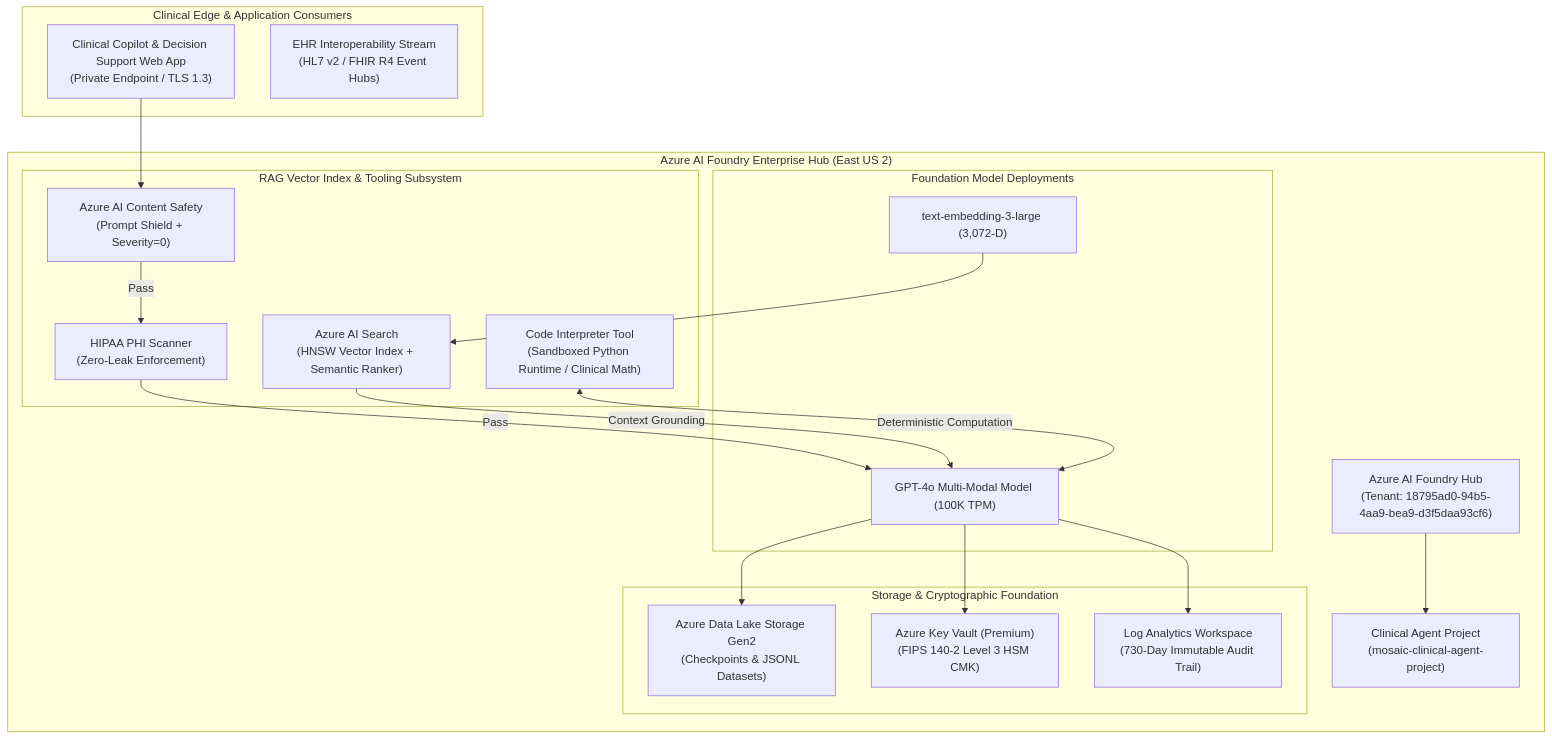
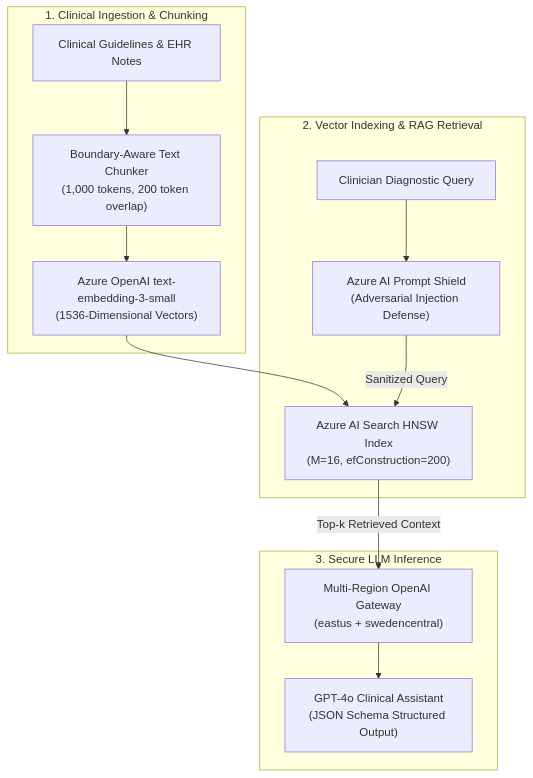
One commit to FreeFades2Black/mosaic-azure-ai-model-factory changed the diagram in README.md. Above: the diagram before and after it, drawn with Mermaid. The commit also changed other lines of this file and 7 other files, not shown here.

Commit message:
feat(ops): add HNSW vector ADRs, TPM throttle runbook, embedding drift RCA, and alerts

````diff
--- a/README.md
+++ b/README.md
@@ -25,41 +12,18 @@
 ```mermaid
-graph TD
-    subgraph "Clinical Edge & Application Consumers"
-        ClinicianApp["Clinical Copilot & Decision Support Web App<br/>(Private Endpoint / TLS 1.3)"]
-        EHRStream["EHR Interoperability Stream<br/>(HL7 v2 / FHIR R4 Event Hubs)"]
+flowchart TD
+    subgraph IntakeTier ["1. Clinical Ingestion & Chunking"]
+        Docs["Clinical Guidelines & EHR Notes"] --> Chunker["Boundary-Aware Text Chunker<br/>(1,000 tokens, 200 token overlap)"]
+        Chunker --> Embeddings["Azure OpenAI text-embedding-3-small<br/>(1536-Dimensional Vectors)"]
     end
 
-    subgraph "Azure AI Foundry Enterprise Hub (East US 2)"
-        AIHub["Azure AI Foundry Hub<br/>(Tenant: 18795ad0-94b5-4aa9-bea9-d3f5daa93cf6)"]
-        AIProject["Clinical Agent Project<br/>(mosaic-clinical-agent-project)"]
-        AIHub --> AIProject
-
-        subgraph "Foundation Model Deployments"
-            GPT4o["GPT-4o Multi-Modal Model (100K TPM)"]
-            EmbeddingModel["text-embedding-3-large (3,072-D)"]
-        end
-
-        subgraph "RAG Vector Index & Tooling Subsystem"
-            AISearch["Azure AI Search<br/>(HNSW Vector Index + Semantic Ranker)"]
-            CodeInterpreter["Code Interpreter Tool<br/>(Sandboxed Python Runtime / Clinical Math)"]
-            SafetyShield["Azure AI Content Safety<br/>(Prompt Shield + Severity=0)"]
-            PHIScan["HIPAA PHI Scanner<br/>(Zero-Leak Enforcement)"]
-        end
-
-        subgraph "Storage & Cryptographic Foundation"
-            Storage["Azure Data Lake Storage Gen2<br/>(Checkpoints & JSONL Datasets)"]
-            KeyVault["Azure Key Vault (Premium)<br/>(FIPS 140-2 Level 3 HSM CMK)"]
-            LAW["Log Analytics Workspace<br/>(730-Day Immutable Audit Trail)"]
-        end
+    subgraph VectorSearch ["2. Vector Indexing & RAG Retrieval"]
+        Embeddings --> Index["Azure AI Search HNSW Index<br/>(M=16, efConstruction=200)"]
+        DoctorQuery["Clinician Diagnostic Query"] --> Shield["Azure AI Prompt Shield<br/>(Adversarial Injection Defense)"]
+        Shield -->|Sanitized Query| Index
     end
 
-    ClinicianApp --> SafetyShield
-    SafetyShield -->|Pass| PHIScan
-    PHIScan -->|Pass| GPT4o
-    AISearch -->|Context Grounding| GPT4o
-    CodeInterpreter <-->|Deterministic Computation| GPT4o
-    EmbeddingModel --> AISearch
-    GPT4o --> Storage
-    GPT4o --> KeyVault
-    GPT4o --> LAW
+    subgraph GenerationTier ["3. Secure LLM Inference"]
+        Index -->|Top-k Retrieved Context| Gateway["Multi-Region OpenAI Gateway<br/>(eastus + swedencentral)"]
+        Gateway --> GPT4o["GPT-4o Clinical Assistant<br/>(JSON Schema Structured Output)"]
+    end
 ```
````
